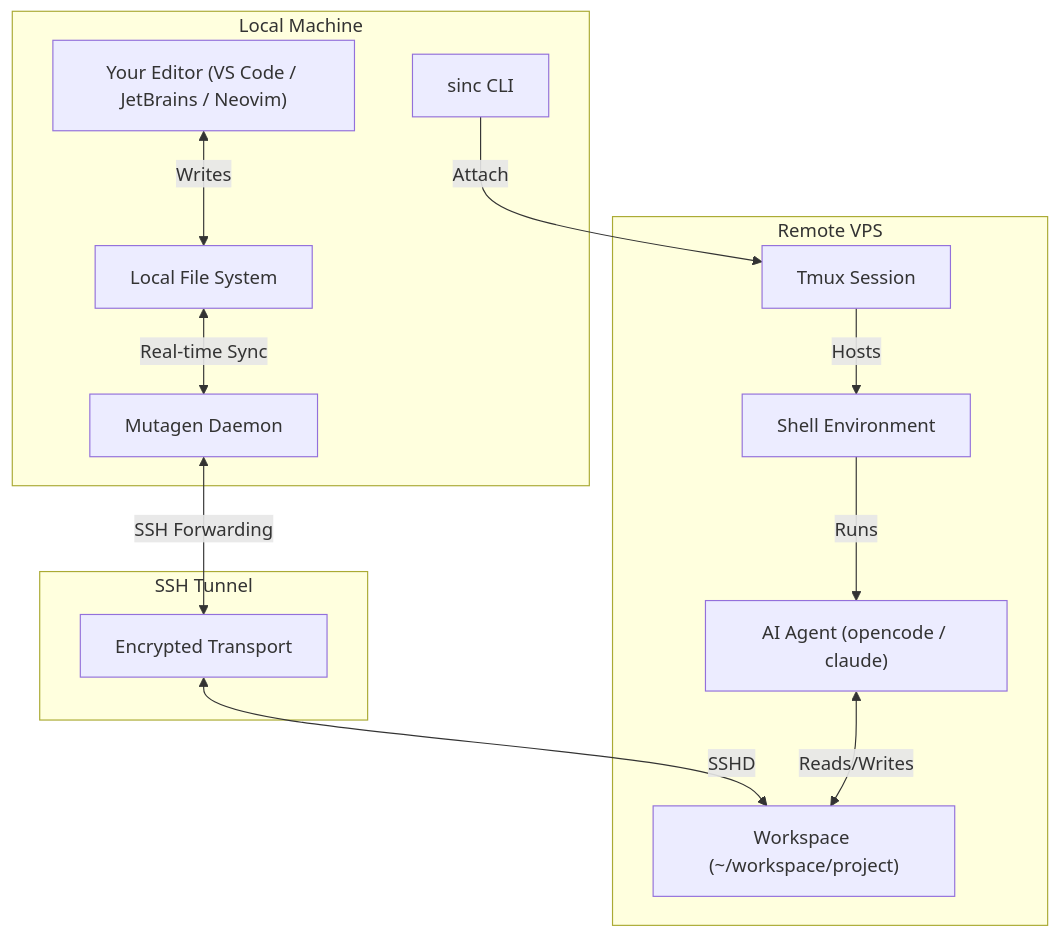
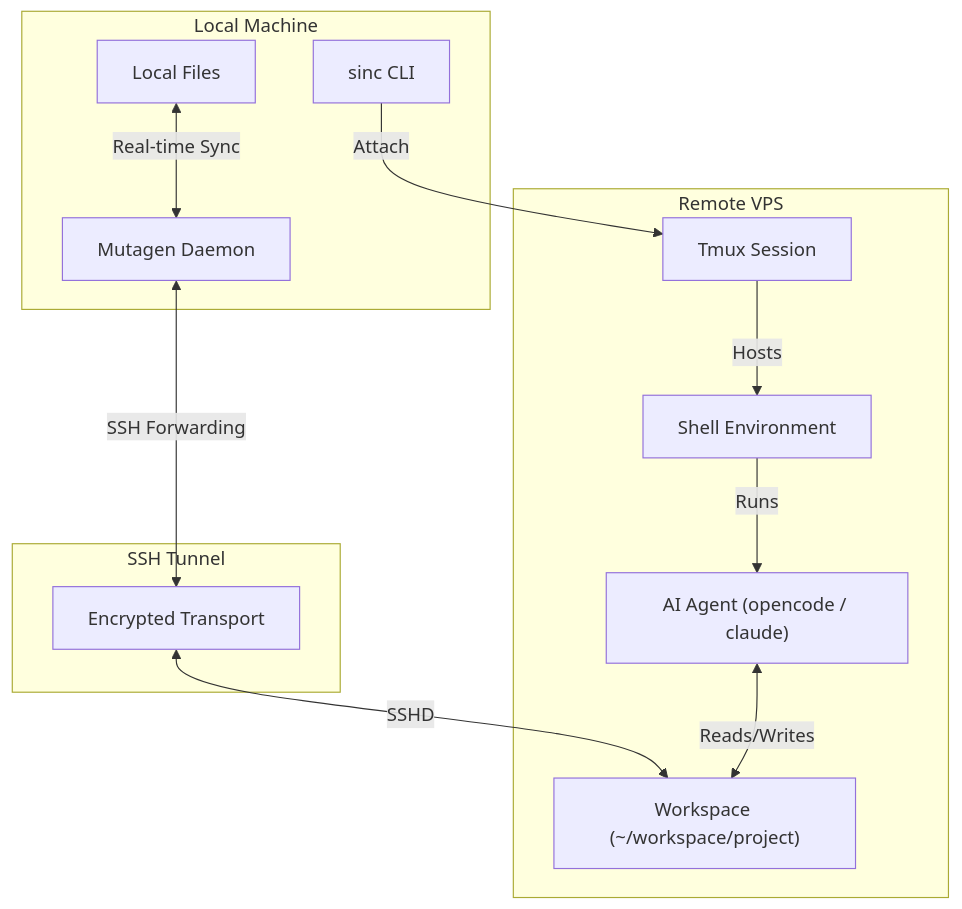
Before and after one commit to Microck/sincronizado: the diagram in docs/architecture.mdx, drawn with Mermaid. The commit also changed other lines of this file and 9 other files, not shown here.

````diff
--- a/docs/architecture.mdx
+++ b/docs/architecture.mdx
@@ -12,30 +12,28 @@
 ```mermaid
 graph TB
   subgraph Local["Local Machine"]
-    Editor["Your Editor (VS Code / JetBrains / Neovim)"]
+    Files["Local Files"]
     Sinc["sinc CLI"]
-    Files["Local File System"]
     MutDaemon["Mutagen Daemon"]
   end
 
   subgraph Tunnel["SSH Tunnel"]
     Transport["Encrypted Transport"]
   end
 
   subgraph VPS["Remote VPS"]
     RemoteDir["Workspace (~/workspace/project)"]
     Tmux["Tmux Session"]
     Agent["AI Agent (opencode / claude)"]
     Shell["Shell Environment"]
   end
 
-  Editor <-->|Writes| Files
   Files <-->|Real-time Sync| MutDaemon
   MutDaemon <-->|SSH Forwarding| Transport
   Transport <-->|SSHD| RemoteDir
   
   Sinc -->|Attach| Tmux
   Tmux -->|Hosts| Shell
   Shell -->|Runs| Agent
   Agent <-->|Reads/Writes| RemoteDir
 ```
````
